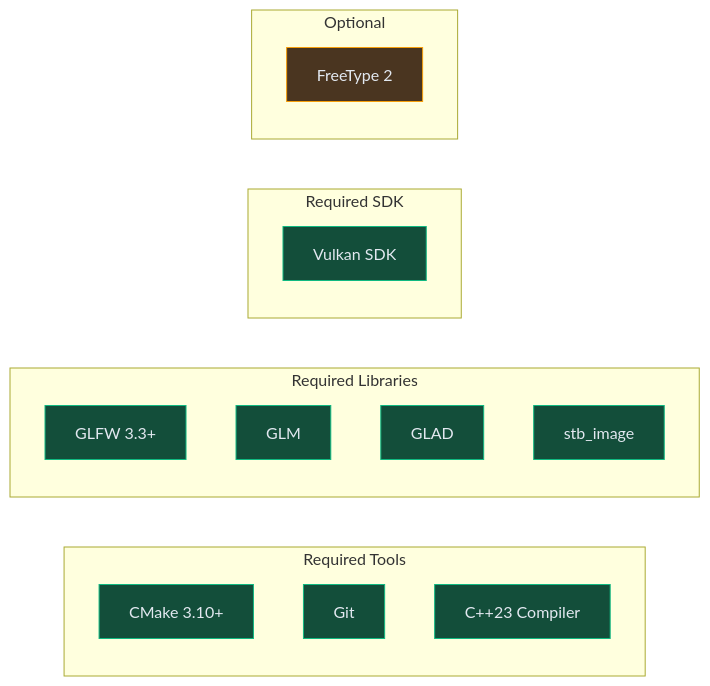
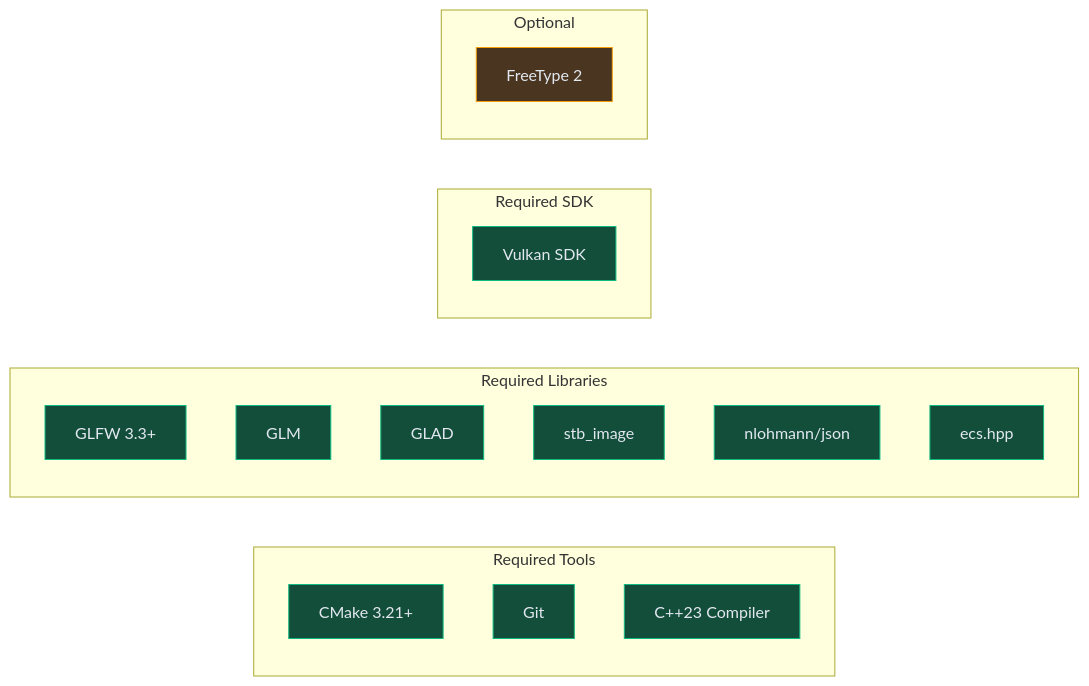
The diagram in docs/SETUP.md (baaz777/rift), drawn with Mermaid before and after one commit. The commit also changed other lines of this file, not shown here.

Commit message:
📝 Correct the SETUP dependencies and preset flow

```diff
--- a/docs/SETUP.md
+++ b/docs/SETUP.md
@@ -8,26 +8,28 @@
 <pre class="mermaid">
 graph LR
     classDef required fill:#134e3a,stroke:#10b981,color:#e2e8f0
     classDef optional fill:#4a3520,stroke:#f59e0b,color:#e2e8f0
 
     subgraph Required["Required Tools"]
-        CMake["CMake 3.10+"]:::required
+        CMake["CMake 3.21+"]:::required
         Git["Git"]:::required
         Compiler["C++23 Compiler"]:::required
     end
 
     subgraph Libraries["Required Libraries"]
         GLFW["GLFW 3.3+"]:::required
         GLM["GLM"]:::required
         GLAD["GLAD"]:::required
         STB["stb_image"]:::required
+        JSON["nlohmann/json"]:::required
+        ECS["ecs.hpp"]:::required
     end
 
     subgraph RequiredSDK["Required SDK"]
         Vulkan["Vulkan SDK"]:::required
     end
 
     subgraph Optional["Optional"]
         FreeType["FreeType 2"]:::optional
     end
 </pre>
```
